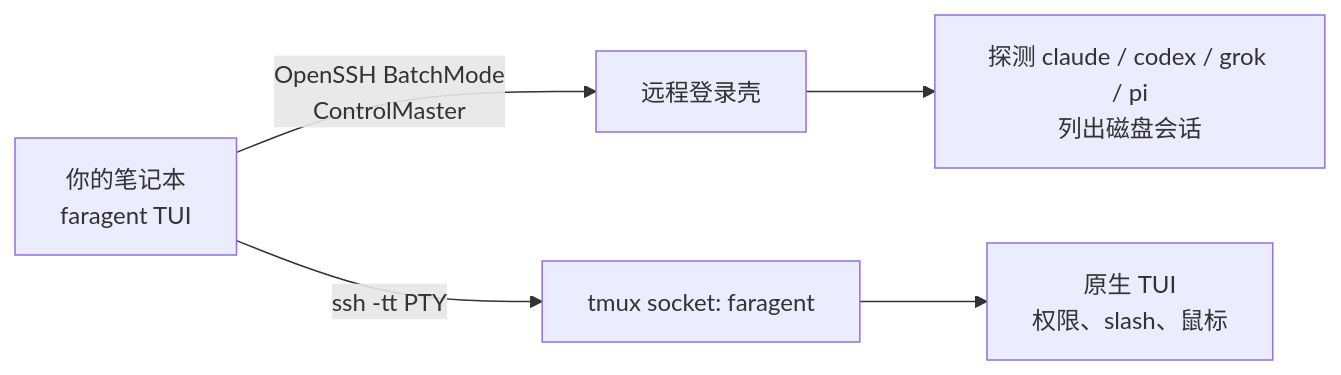
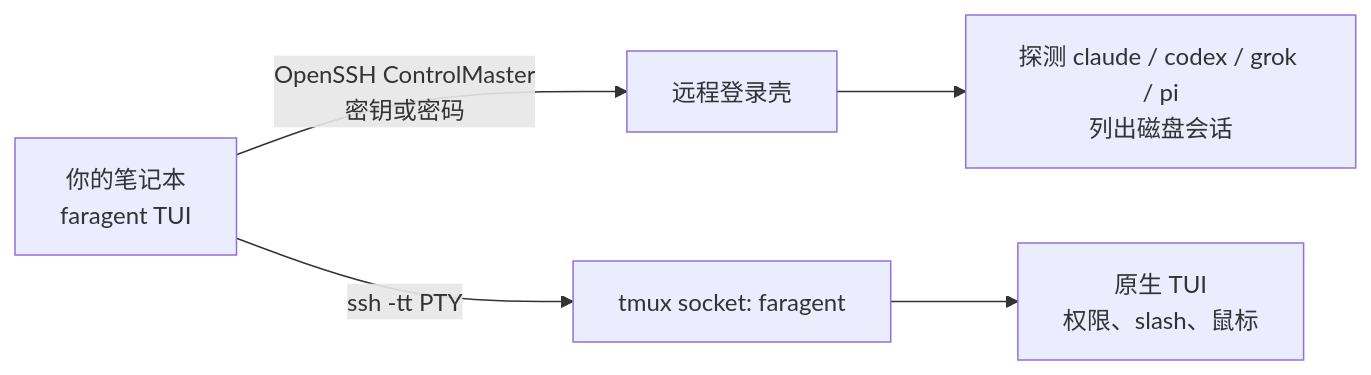
One commit to mahingbun-dev/FarAgent changed the diagram in README.zh-CN.md. Above: the diagram before and after it, drawn with Mermaid. The commit also changed other lines of this file and 22 other files, not shown here.

````diff
--- a/README.zh-CN.md
+++ b/README.zh-CN.md
@@ -46,7 +46,7 @@
 ```mermaid
 flowchart LR
-  You[你的笔记本<br/>faragent TUI] -->|OpenSSH BatchMode<br/>ControlMaster| Probe[远程登录壳]
+  You[你的笔记本<br/>faragent TUI] -->|OpenSSH ControlMaster<br/>密钥或密码| Probe[远程登录壳]
   Probe --> List[探测 claude / codex / grok / pi<br/>列出磁盘会话]
   You -->|ssh -tt PTY| Tmux[tmux socket: faragent]
   Tmux --> Agent[原生 TUI<br/>权限、slash、鼠标]
 ```
````
